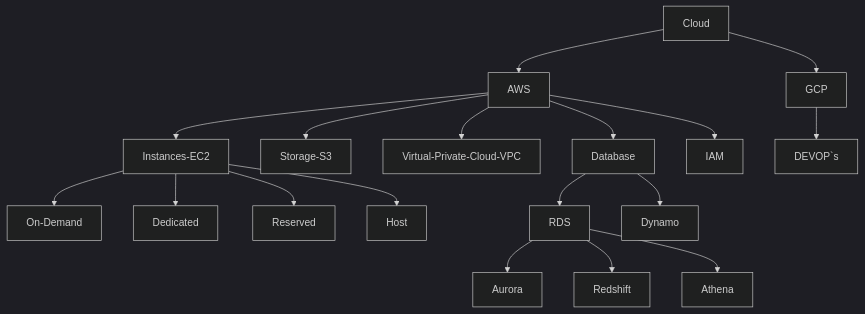
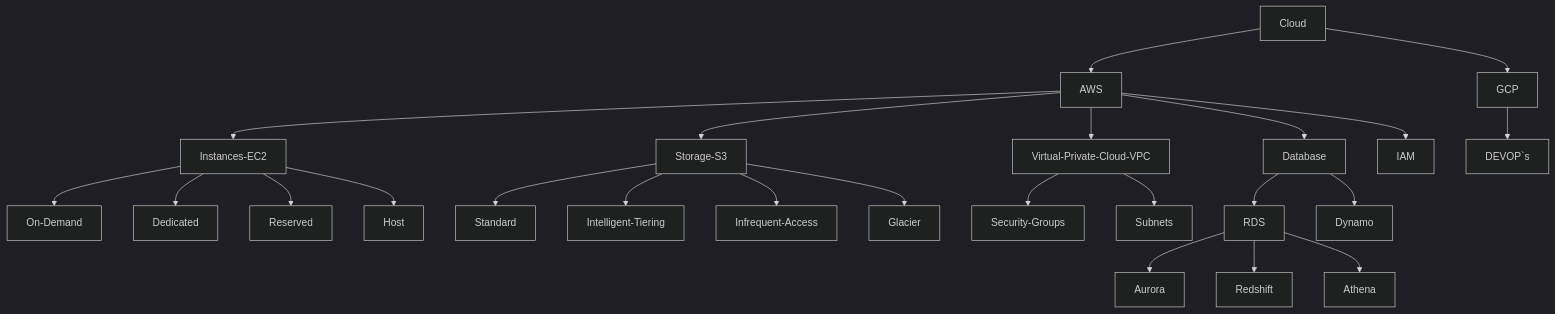
The third of 3 diagrams in README.md (Patricoders23/Patricoders23), drawn with Mermaid (dark theme) before and after one commit. The commit also changed other lines of this file, not shown here.

````diff
--- a/README.md
+++ b/README.md
@@ -89,20 +89,26 @@
 ```mermaid
 graph TD;
     Cloud-->AWS;
     AWS-->Instances-EC2;
     Instances-EC2 -->On-Demand;
     Instances-EC2 -->Dedicated;
     Instances-EC2 -->Reserved;
     Instances-EC2 -->Host;
     AWS-->Storage-S3;
+    Storage-S3-->Standard;
+    Storage-S3-->Intelligent-Tiering;
+    Storage-S3-->Infrequent-Access;
+    Storage-S3-->Glacier;
     AWS-->Virtual-Private-Cloud-VPC;
+    Virtual-Private-Cloud-VPC-->Security-Groups;
+    Virtual-Private-Cloud-VPC-->Subnets;
     AWS--> Database;
     Database --> RDS;
     RDS --> Aurora;
     RDS --> Redshift;
     RDS --> Athena;
     Database --> Dynamo;
     AWS--> IAM;
     Cloud-->GCP;
     GCP-->DEVOP`s;
    ```    
````
